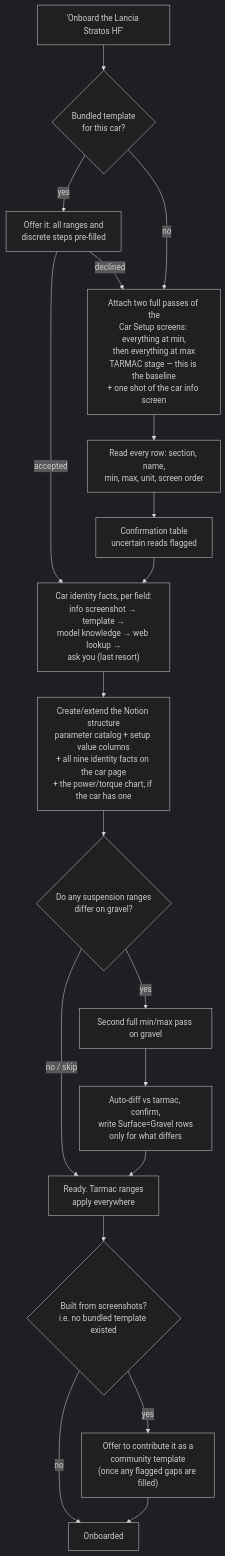
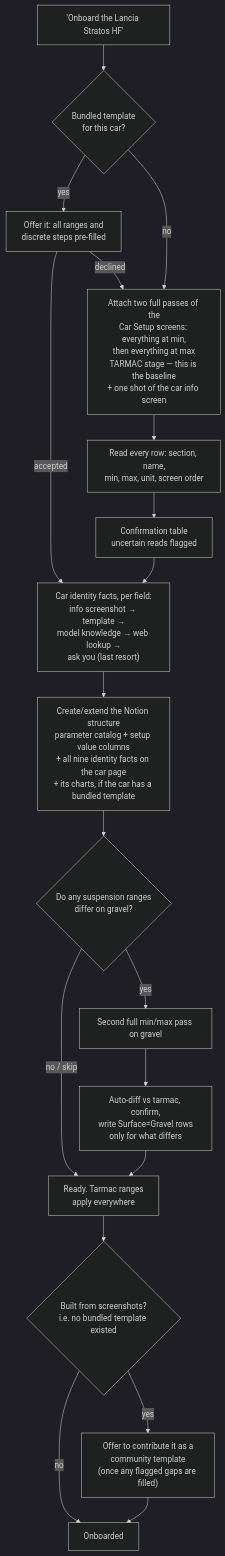
Before and after one commit to fredmayor88/acr-setup-engineer: the fourth of 7 diagrams in README.md, drawn with Mermaid (dark theme). The commit also changed other lines of this file and 6 other files, not shown here.

````diff
--- a/README.md
+++ b/README.md
@@ -485,26 +496,26 @@
 ```mermaid
 flowchart TD
     Req["'Onboard the Lancia Stratos HF'"] --> Tpl{"Bundled template<br/>for this car?"}
 
     Tpl -->|"yes"| Offer["Offer it: all ranges and<br/>discrete steps pre-filled"]
     Offer -->|"accepted"| Facts
     Offer -->|"declined"| Shots
     Tpl -->|"no"| Shots["Attach two full passes of the<br/>Car Setup screens: everything at min,<br/>then everything at max<br/>TARMAC stage — this is the baseline<br/>+ one shot of the car info screen"]
 
     Shots --> Extract["Read every row: section, name,<br/>min, max, unit, screen order"]
     Extract --> Confirm["Confirmation table<br/>uncertain reads flagged"]
     Confirm --> Facts["Car identity facts, per field:<br/>info screenshot → template →<br/>model knowledge → web lookup →<br/>ask you (last resort)"]
 
-    Facts --> Notion["Create/extend the Notion structure<br/>parameter catalog + setup value columns<br/>+ all nine identity facts on the car page<br/>+ the power/torque chart, if the car has one"]
+    Facts --> Notion["Create/extend the Notion structure<br/>parameter catalog + setup value columns<br/>+ all nine identity facts on the car page<br/>+ its charts, if the car has a bundled template"]
     Notion --> Gravel{"Do any suspension ranges<br/>differ on gravel?"}
 
     Gravel -->|"no / skip"| Done["Ready. Tarmac ranges<br/>apply everywhere"]
     Gravel -->|"yes"| Second["Second full min/max pass on gravel"]
     Second --> Diff["Auto-diff vs tarmac, confirm,<br/>write Surface=Gravel rows<br/>only for what differs"]
     Diff --> Done
 
     Done --> Contrib{"Built from screenshots?<br/>i.e. no bundled template existed"}
     Contrib -->|"no"| End["Onboarded"]
     Contrib -->|"yes"| Share["Offer to contribute it as a<br/>community template<br/>(once any flagged gaps are filled)"]
     Share --> End
 ```
````
